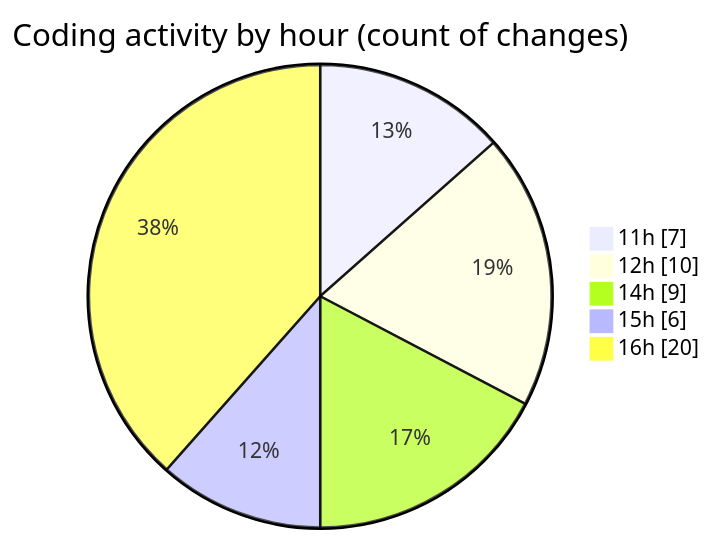
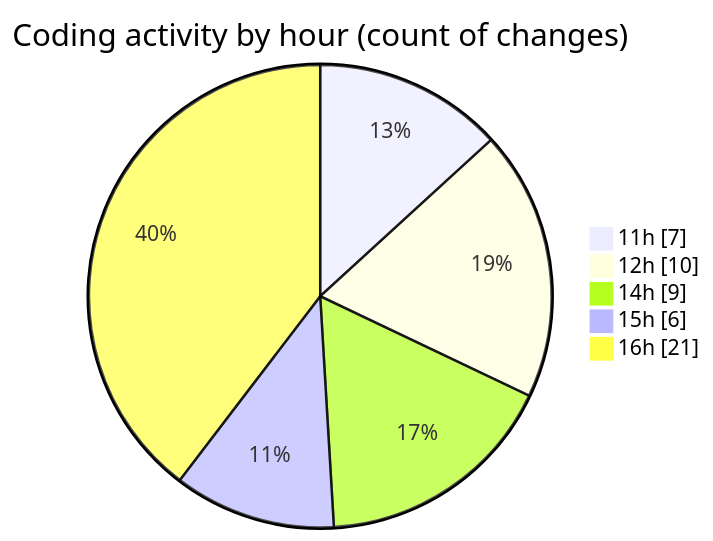
One commit to ricardozamudiocil/code-tracking changed the second of 2 diagrams in 2026-04-09/cilapp/README.md. Above: the diagram before and after it, drawn with Mermaid. The commit also changed other lines of this file and 1 other file, not shown here.

````diff
--- a/2026-04-09/cilapp/README.md
+++ b/2026-04-09/cilapp/README.md
@@ -35,9 +35,9 @@
 ```mermaid
 pie showData
 title Coding activity by hour (count of changes)
 "11h" : 7
 "12h" : 10
 "14h" : 9
 "15h" : 6
-"16h" : 20
+"16h" : 21
 ```
````
